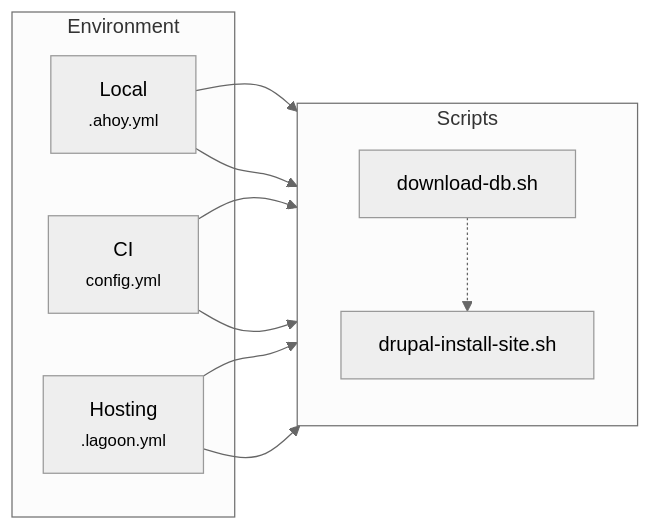
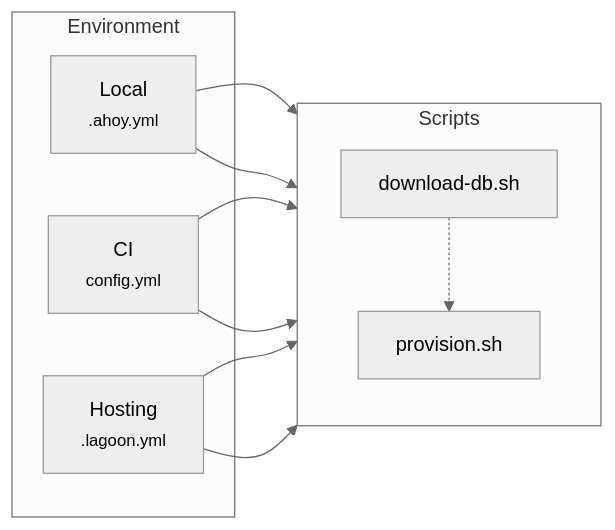
Before and after one commit to drevops/vortex: the first of 2 diagrams in scripts/drevops/docs/content/introduction/architecture.md, drawn with Mermaid (neutral theme). The commit also changed 46 other files, not shown here.

Commit message:
Renamed `site-install` to `provision` and env variables.

````diff
--- a/scripts/drevops/docs/content/introduction/architecture.md
+++ b/scripts/drevops/docs/content/introduction/architecture.md
@@ -80,20 +80,20 @@
 ```mermaid
 flowchart LR
     subgraph Environment
         A[Local<br/><small>.ahoy.yml</small>]
         B[CI<br/><small>config.yml</small>]
         C[Hosting<br/><small>.lagoon.yml</small>]
     end
 
     subgraph Scripts
         direction TB
-        D["download-db.sh"] -.-> E["drupal-install-site.sh"]
+        D["download-db.sh"] -.-> E["provision.sh"]
     end
 
     A --> Scripts
     A --> Scripts
     B --> Scripts
     B --> Scripts
     C --> Scripts
     C --> Scripts
 ```
````
